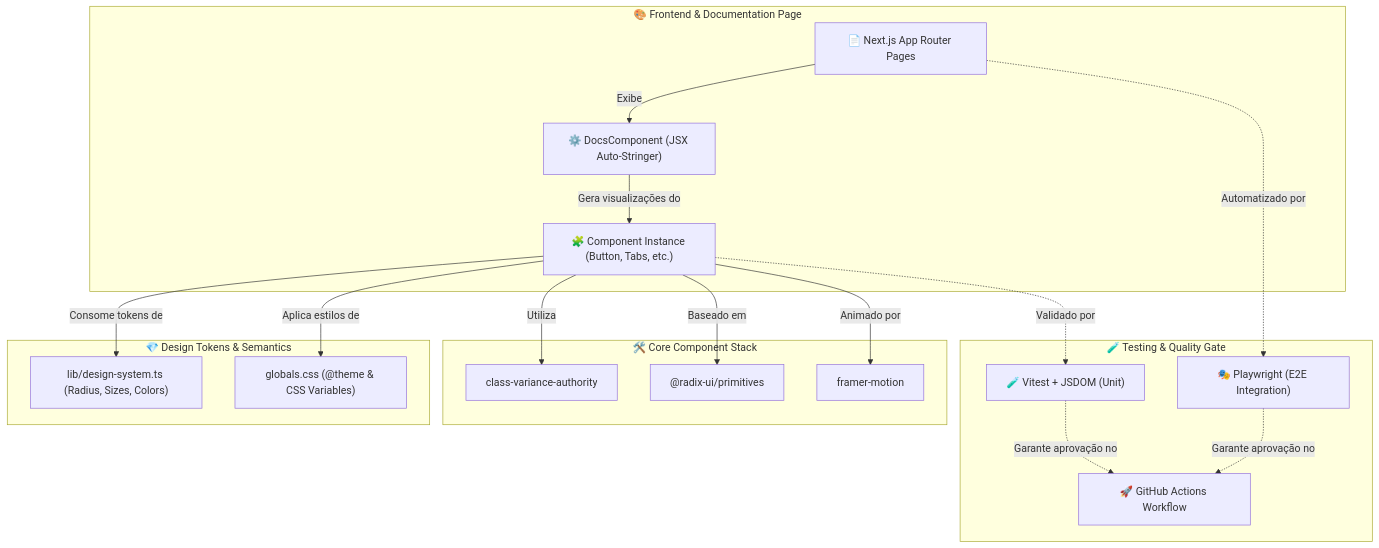
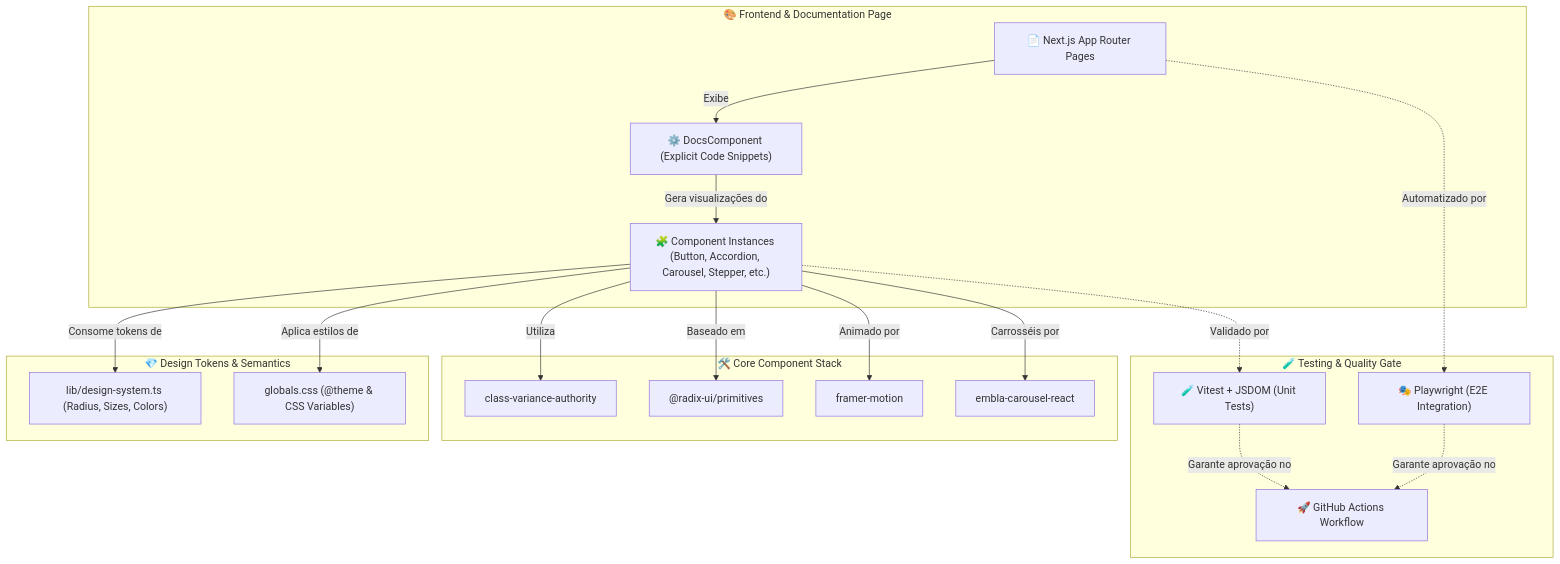
One commit to gui-bus/Bloom changed the first of 2 diagrams in README.md. Above: the diagram before and after it, drawn with Mermaid. The commit also changed other lines of this file and 1 other file, not shown here.

Commit message:
docs: update README.md and technical documentation files in docs/ with new components and architecture updates

````diff
--- a/README.md
+++ b/README.md
@@ -72,38 +72,40 @@
 ```mermaid
 graph TB
     subgraph Client ["🎨 Frontend & Documentation Page"]
         DocPage["📄 Next.js App Router Pages"]
-        DocsComponent["⚙️ DocsComponent (JSX Auto-Stringer)"]
-        UI["🧩 Component Instance (Button, Tabs, etc.)"]
+        DocsComponent["⚙️ DocsComponent (Explicit Code Snippets)"]
+        UI["🧩 Component Instances (Button, Accordion, Carousel, Stepper, etc.)"]
     end
 
     subgraph Core ["💎 Design Tokens & Semantics"]
         Tokens["lib/design-system.ts (Radius, Sizes, Colors)"]
         GlobalsCSS["globals.css (@theme & CSS Variables)"]
     end
 
     subgraph Engine ["🛠️ Core Component Stack"]
         CVA["class-variance-authority"]
         Radix["@radix-ui/primitives"]
         Motion["framer-motion"]
+        Embla["embla-carousel-react"]
     end
 
     subgraph CI ["🧪 Testing & Quality Gate"]
-        Vitest["🧪 Vitest + JSDOM (Unit)"]
+        Vitest["🧪 Vitest + JSDOM (Unit Tests)"]
         Playwright["🎭 Playwright (E2E Integration)"]
         Actions["🚀 GitHub Actions Workflow"]
-      end
+    end
 
     DocPage -->|Exibe| DocsComponent
     DocsComponent -->|Gera visualizações do| UI
     UI -->|Consome tokens de| Tokens
     UI -->|Aplica estilos de| GlobalsCSS
     UI -->|Utiliza| CVA
     UI -->|Baseado em| Radix
     UI -->|Animado por| Motion
+    UI -->|Carrosséis por| Embla
     
     UI -.->|Validado por| Vitest
     DocPage -.->|Automatizado por| Playwright
     Vitest -.->|Garante aprovação no| Actions
     Playwright -.->|Garante aprovação no| Actions
 ```
````
